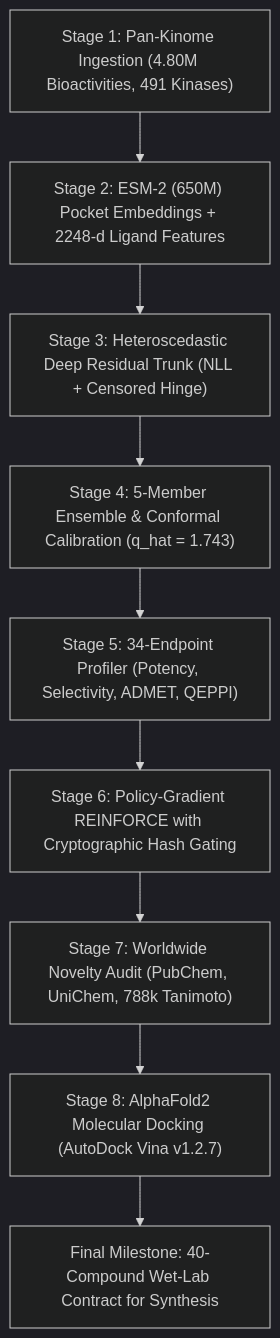
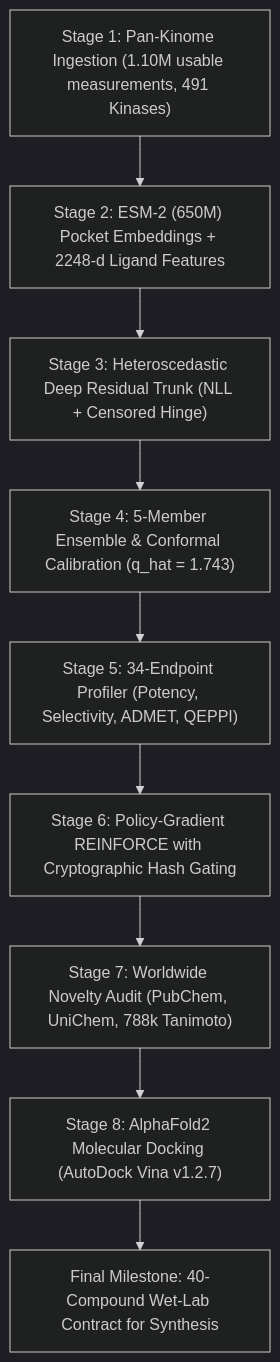
Before and after one commit to RathanPaida/Drug_discovery_research: the diagram in README.md, drawn with Mermaid (dark theme). The commit also changed other lines of this file and 223 other files, not shown here.

````diff
--- a/README.md
+++ b/README.md
@@ -65,11 +65,11 @@
 ```mermaid
 graph TD
-    A["Stage 1: Pan-Kinome Ingestion (4.80M Bioactivities, 491 Kinases)"] --> B["Stage 2: ESM-2 (650M) Pocket Embeddings + 2248-d Ligand Features"]
+    A["Stage 1: Pan-Kinome Ingestion (1.10M usable measurements, 491 Kinases)"] --> B["Stage 2: ESM-2 (650M) Pocket Embeddings + 2248-d Ligand Features"]
     B --> C["Stage 3: Heteroscedastic Deep Residual Trunk (NLL + Censored Hinge)"]
     C --> D["Stage 4: 5-Member Ensemble & Conformal Calibration (q_hat = 1.743)"]
     D --> E["Stage 5: 34-Endpoint Profiler (Potency, Selectivity, ADMET, QEPPI)"]
     E --> F["Stage 6: Policy-Gradient REINFORCE with Cryptographic Hash Gating"]
     F --> G["Stage 7: Worldwide Novelty Audit (PubChem, UniChem, 788k Tanimoto)"]
     G --> H["Stage 8: AlphaFold2 Molecular Docking (AutoDock Vina v1.2.7)"]
     H --> I["Final Milestone: 40-Compound Wet-Lab Contract for Synthesis"]
 ```
````
